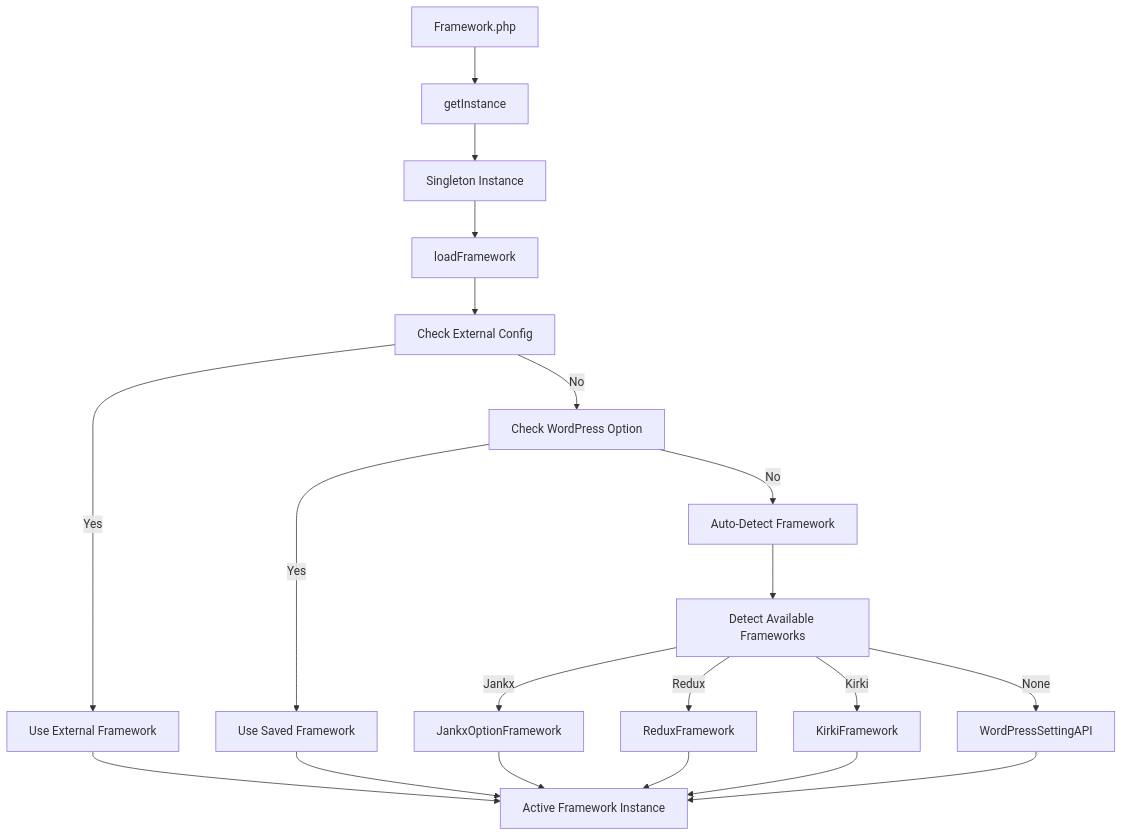
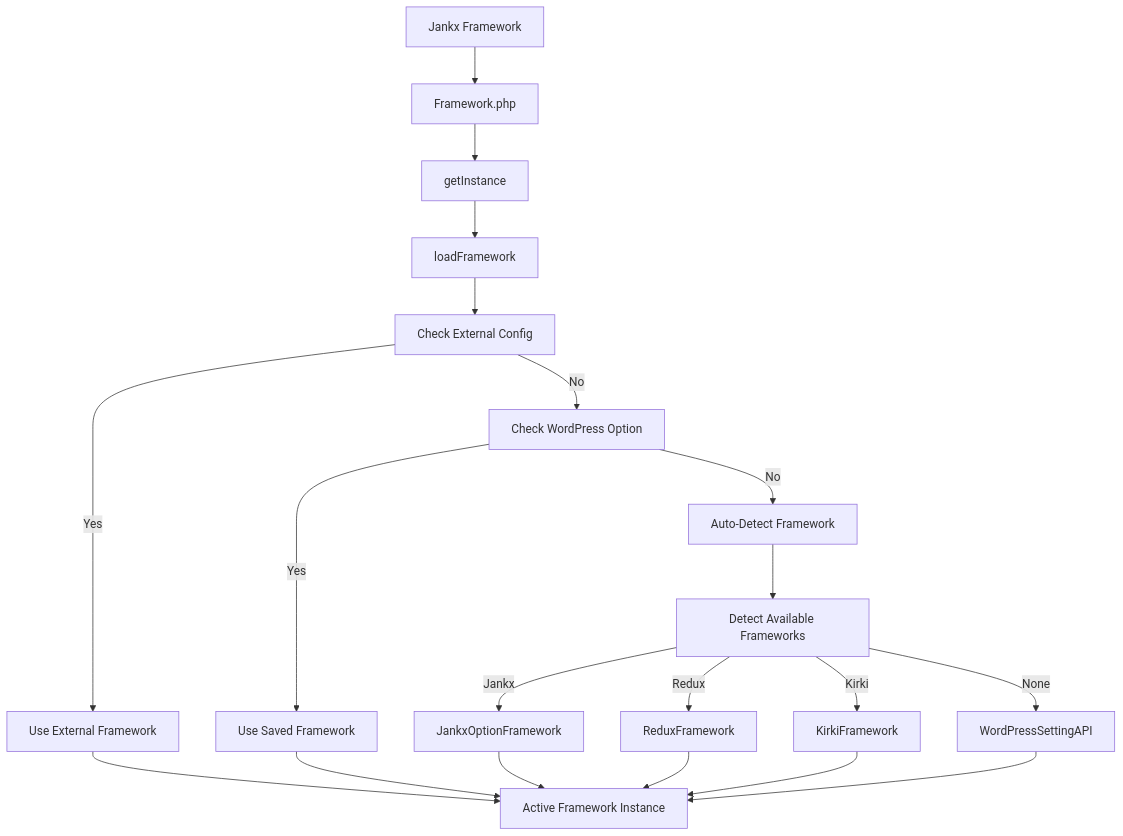
The first of 16 diagrams in README.md (jankx/option-adapter), drawn with Mermaid before and after one commit. The commit also changed other lines of this file and 6 other files, not shown here.

````diff
--- a/README.md
+++ b/README.md
@@ -9,23 +9,23 @@
 ```mermaid
 graph TD
-    A[Framework.php] --> B[getInstance]
-    B --> C[Singleton Instance]
+    A[Jankx Framework] --> B[Framework.php]
+    B --> C[getInstance]
     C --> D[loadFramework]
     D --> E[Check External Config]
     E -->|Yes| F[Use External Framework]
     E -->|No| G[Check WordPress Option]
     G -->|Yes| H[Use Saved Framework]
     G -->|No| I[Auto-Detect Framework]
     I --> J[Detect Available Frameworks]
     J -->|Jankx| K[JankxOptionFramework]
     J -->|Redux| L[ReduxFramework]
     J -->|Kirki| M[KirkiFramework]
     J -->|None| N[WordPressSettingAPI]
 
     F --> O[Active Framework Instance]
     H --> O
     K --> O
     L --> O
     M --> O
     N --> O
 ```
````
